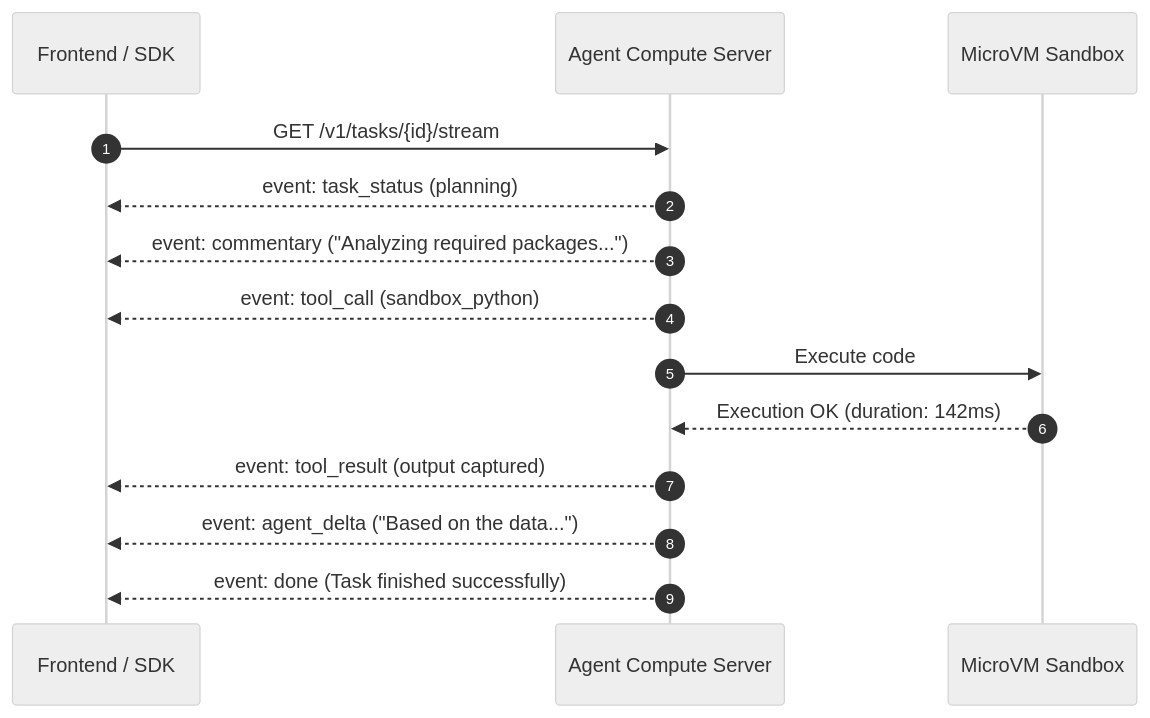
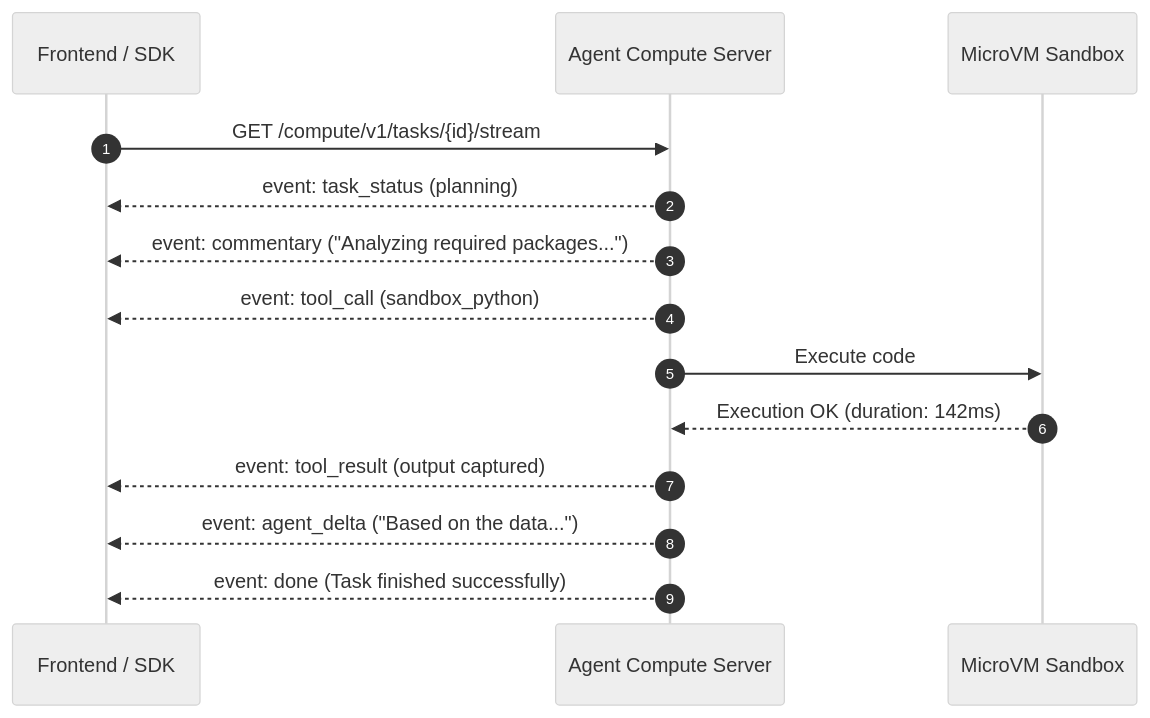
The second of 2 diagrams in compute/autonomous-agents.md (fotohubapp/docs), drawn with Mermaid (neutral theme) before and after one commit. The commit also changed other lines of this file and 18 other files, not shown here.

````diff
--- a/compute/autonomous-agents.md
+++ b/compute/autonomous-agents.md
@@ -103,17 +272,17 @@
 ```mermaid
 sequenceDiagram
     autonumber
     participant Client as Frontend / SDK
     participant Engine as Agent Compute Server
     participant Sandbox as MicroVM Sandbox
 
-    Client->>Engine: GET /v1/tasks/{id}/stream
+    Client->>Engine: GET /compute/v1/tasks/{id}/stream
     Engine-->>Client: event: task_status (planning)
     Engine-->>Client: event: commentary ("Analyzing required packages...")
     Engine-->>Client: event: tool_call (sandbox_python)
     Engine->>Sandbox: Execute code
     Sandbox-->>Engine: Execution OK (duration: 142ms)
     Engine-->>Client: event: tool_result (output captured)
     Engine-->>Client: event: agent_delta ("Based on the data...")
     Engine-->>Client: event: done (Task finished successfully)
 ```
````
